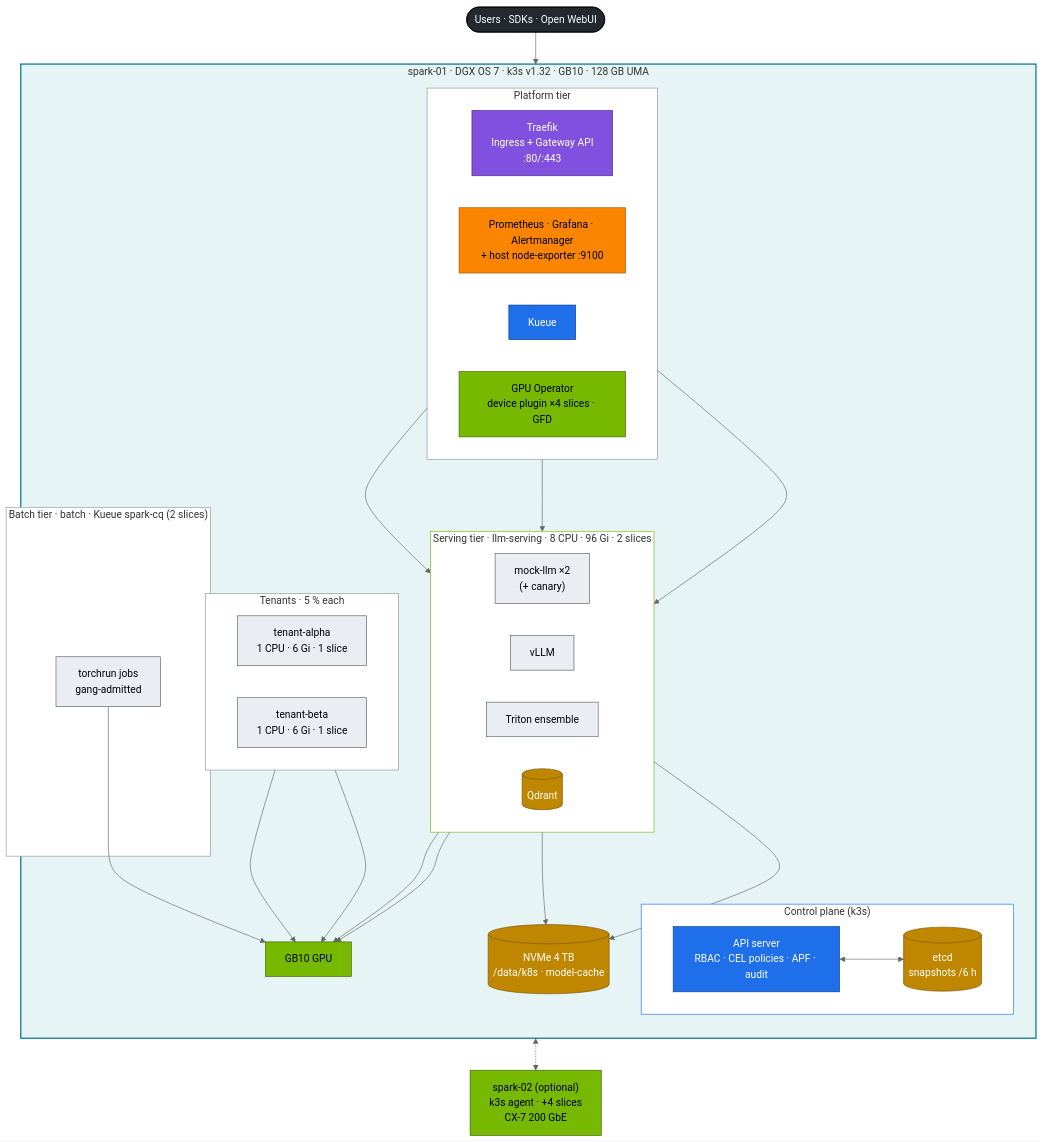
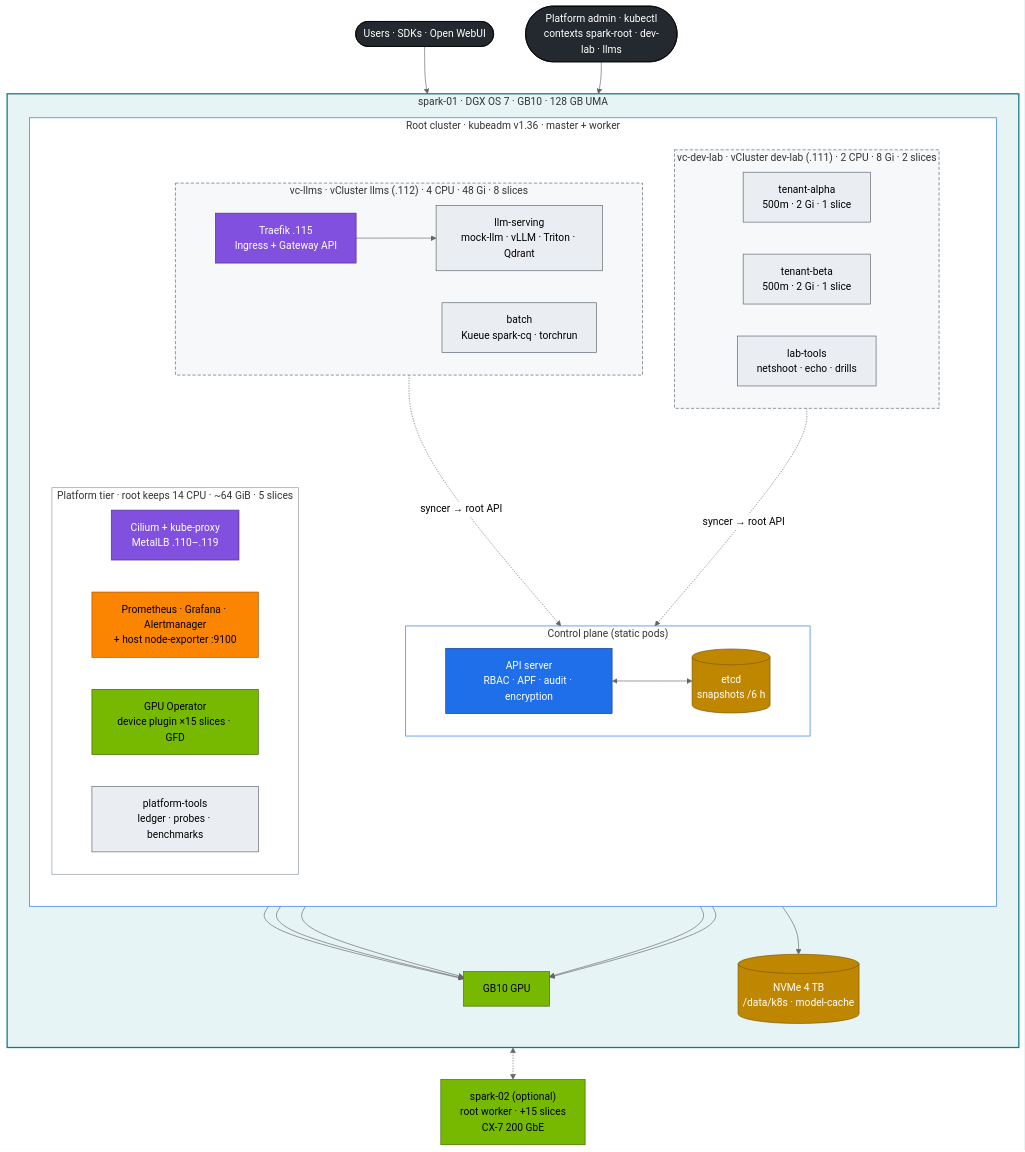
One commit to cloudone365/technical-depth changed the first of 3 diagrams in 02 Kubernetes/15-dgx-spark-datacenter-simulation-lab.md. Above: the diagram before and after it, drawn with Mermaid (neutral theme). The commit also changed other lines of this file and 5 other files, not shown here.

````diff
--- a/02 Kubernetes/15-dgx-spark-datacenter-simulation-lab.md
+++ b/02 Kubernetes/15-dgx-spark-datacenter-simulation-lab.md
@@ -35,62 +38,65 @@
 ```mermaid
 flowchart TB
   USER(["Users · SDKs · Open WebUI"]) --> EDGE
-  subgraph SPARK["spark-01 · DGX OS 7 · k3s v1.32 · GB10 · 128 GB UMA"]
+  ADMIN(["Platform admin · kubectl<br/>contexts spark-root · dev-lab · llms"])
+  subgraph SPARK["spark-01 · DGX OS 7 · GB10 · 128 GB UMA"]
     direction TB
-    subgraph PLATFORM["Platform tier"]
-      direction LR
-      EDGE["Traefik<br/>Ingress + Gateway API<br/>:80/:443"]
-      OBS["Prometheus · Grafana · Alertmanager<br/>+ host node-exporter :9100"]
-      KUEUE["Kueue"]
-      GPUOP["GPU Operator<br/>device plugin ×4 slices · GFD"]
-    end
-    subgraph CP["Control plane (k3s)"]
-      direction LR
-      API["API server<br/>RBAC · CEL policies · APF · audit"]
-      ETCD[("etcd<br/>snapshots /6 h")]
-    end
-    subgraph SERVE["Serving tier · llm-serving · 8 CPU · 96 Gi · 2 slices"]
-      direction LR
-      MOCK["mock-llm ×2<br/>(+ canary)"]
-      VLLM["vLLM"]
-      TRI["Triton ensemble"]
-      QD[("Qdrant")]
-    end
-    subgraph BATCH["Batch tier · batch · Kueue spark-cq (2 slices)"]
-      DDP["torchrun jobs<br/>gang-admitted"]
-    end
-    subgraph TEN["Tenants · 5 % each"]
-      direction LR
-      TA["tenant-alpha<br/>1 CPU · 6 Gi · 1 slice"]
-      TB["tenant-beta<br/>1 CPU · 6 Gi · 1 slice"]
+    subgraph ROOT["Root cluster · kubeadm v1.36 · master + worker"]
+      direction TB
+      subgraph CP["Control plane (static pods)"]
+        direction LR
+        API["API server<br/>RBAC · APF · audit · encryption"]
+        ETCD[("etcd<br/>snapshots /6 h")]
+      end
+      subgraph PLATFORM["Platform tier · root keeps 14 CPU · ~64 GiB · 5 slices"]
+        direction LR
+        NET["Cilium + kube-proxy<br/>MetalLB .110–.119"]
+        OBS["Prometheus · Grafana · Alertmanager<br/>+ host node-exporter :9100"]
+        GPUOP["GPU Operator<br/>device plugin ×15 slices · GFD"]
+        PT["platform-tools<br/>ledger · probes · benchmarks"]
+      end
+      subgraph DEV["vc-dev-lab · vCluster dev-lab (.111) · 2 CPU · 8 Gi · 2 slices"]
+        direction LR
+        TA["tenant-alpha<br/>500m · 2 Gi · 1 slice"]
+        TB["tenant-beta<br/>500m · 2 Gi · 1 slice"]
+        LT["lab-tools<br/>netshoot · echo · drills"]
+      end
+      subgraph LLM["vc-llms · vCluster llms (.112) · 4 CPU · 48 Gi · 8 slices"]
+        direction LR
+        EDGE["Traefik .115<br/>Ingress + Gateway API"]
+        SERVE["llm-serving<br/>mock-llm · vLLM · Triton · Qdrant"]
+        BATCH["batch<br/>Kueue spark-cq · torchrun"]
+      end
     end
     NVME[("NVMe 4 TB<br/>/data/k8s · model-cache")]
     GB10["GB10 GPU"]
   end
-  S2["spark-02 (optional)<br/>k3s agent · +4 slices<br/>CX-7 200 GbE"]
-  EDGE --> MOCK & VLLM & TRI
-  VLLM & TRI & DDP & TA & TB --> GB10
-  VLLM & QD --> NVME
+  S2["spark-02 (optional)<br/>root worker · +15 slices<br/>CX-7 200 GbE"]
+  ADMIN --> API
+  EDGE --> SERVE
+  SERVE & BATCH & TA & TB & PT --> GB10
+  SERVE --> NVME
   API <--> ETCD
+  DEV & LLM -. "syncer → root API" .-> API
   SPARK <-.-> S2
   classDef ctrl fill:#1f6feb,stroke:#0b3d91,color:#fff
   classDef net fill:#8250df,stroke:#4c2889,color:#fff
   classDef gpu fill:#76b900,stroke:#3d6000,color:#000
   classDef store fill:#bf8700,stroke:#7a5600,color:#fff
   classDef obs fill:#fb8500,stroke:#9a5200,color:#000
   classDef tenant fill:#eaeef2,stroke:#57606a,color:#000
   classDef ext fill:#24292f,stroke:#000,color:#fff
-  class API,KUEUE ctrl
-  class EDGE net
+  class API ctrl
+  class EDGE,NET net
   class GB10,GPUOP,S2 gpu
-  class ETCD,NVME,QD store
+  class ETCD,NVME store
   class OBS obs
-  class MOCK,VLLM,TRI,DDP,TA,TB tenant
-  class USER ext
+  class SERVE,BATCH,TA,TB,LT,PT tenant
+  class USER,ADMIN ext
   style SPARK fill:#e6f4f5,stroke:#0e7c86,stroke-width:2px
+  style ROOT fill:#ffffff,stroke:#1f6feb
   style PLATFORM fill:#ffffff,stroke:#8c959f
   style CP fill:#ffffff,stroke:#1f6feb
-  style SERVE fill:#ffffff,stroke:#76b900
-  style BATCH fill:#ffffff,stroke:#8c959f
-  style TEN fill:#ffffff,stroke:#8c959f
+  style DEV fill:#f6f8fa,stroke:#57606a,stroke-dasharray:5 3
+  style LLM fill:#f6f8fa,stroke:#57606a,stroke-dasharray:5 3
 ```
````
